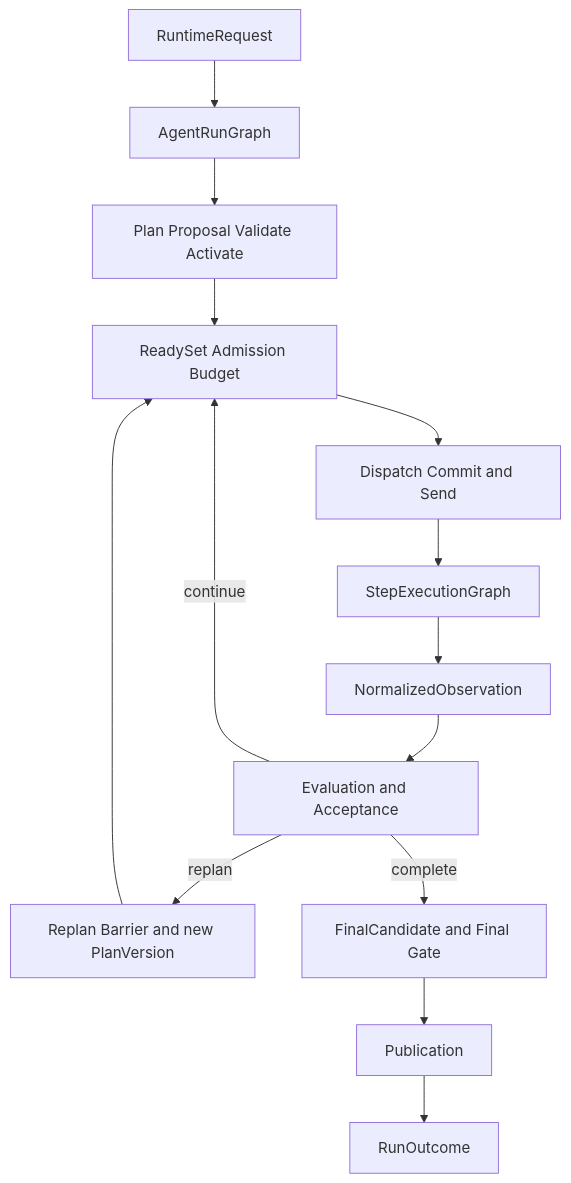
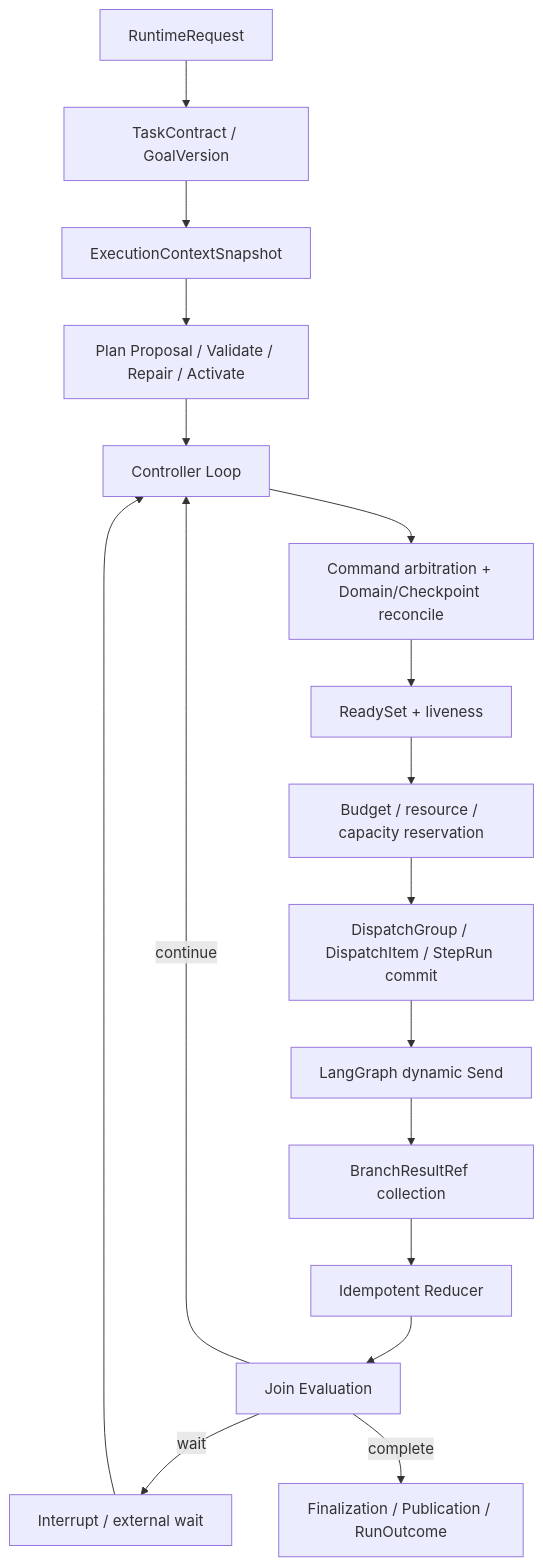
The seventh of 30 diagrams in .agent/architecture/architecture-views.md (ProfessorZhi/Zuno), drawn with Mermaid before and after one commit. The commit also changed other lines of this file and 22 other files, not shown here.

Commit message:
docs: realign total architecture with canonical modules

````diff
--- a/.agent/architecture/architecture-views.md
+++ b/.agent/architecture/architecture-views.md
@@ -105,16 +116,19 @@
 ```mermaid
 flowchart TB
-  REQ[RuntimeRequest] --> RUN[AgentRunGraph]
-  RUN --> PLAN[Plan Proposal Validate Activate]
-  PLAN --> READY[ReadySet Admission Budget]
-  READY --> SEND[Dispatch Commit and Send]
-  SEND --> STEP[StepExecutionGraph]
-  STEP --> OBS[NormalizedObservation]
-  OBS --> ACCEPT[Evaluation and Acceptance]
-  ACCEPT -->|continue| READY
-  ACCEPT -->|replan| BARRIER[Replan Barrier and new PlanVersion]
-  BARRIER --> READY
-  ACCEPT -->|complete| FINAL[FinalCandidate and Final Gate]
-  FINAL --> PUB[Publication]
-  PUB --> OUT[RunOutcome]
+  REQ[RuntimeRequest] --> TASK[TaskContract / GoalVersion]
+  TASK --> SNAP[ExecutionContextSnapshot]
+  SNAP --> PLAN[Plan Proposal / Validate / Repair / Activate]
+  PLAN --> CTRL[Controller Loop]
+  CTRL --> ARB[Command arbitration + Domain/Checkpoint reconcile]
+  ARB --> READY[ReadySet + liveness]
+  READY --> RES[Budget / resource / capacity reservation]
+  RES --> COMMIT[DispatchGroup / DispatchItem / StepRun commit]
+  COMMIT --> SEND[LangGraph dynamic Send]
+  SEND --> COLLECT[BranchResultRef collection]
+  COLLECT --> REDUCE[Idempotent Reducer]
+  REDUCE --> JOIN[Join Evaluation]
+  JOIN -->|continue| CTRL
+  JOIN -->|wait| WAIT[Interrupt / external wait]
+  WAIT --> CTRL
+  JOIN -->|complete| FINAL[Finalization / Publication / RunOutcome]
 ```
````
